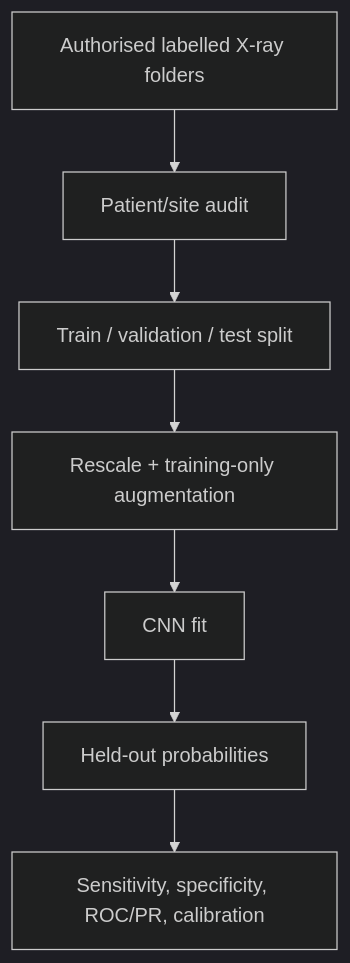
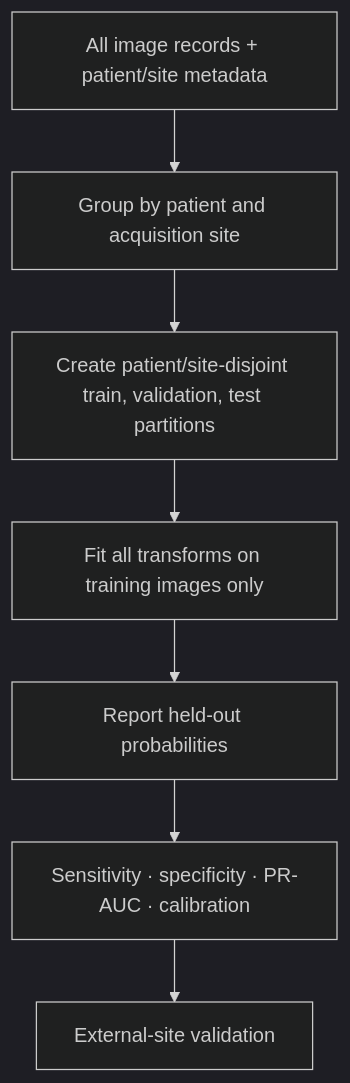
Before and after one commit to CHAITANYA-2002/machine-learning-projects: the second of 2 diagrams in 07-covid-xray-classifier/README.md, drawn with Mermaid (dark theme). The commit also changed other lines of this file and 109 other files, not shown here.

````diff
--- a/07-covid-xray-classifier/README.md
+++ b/07-covid-xray-classifier/README.md
@@ -53,9 +67,9 @@
 ```mermaid
 flowchart TB
-    A[Authorised labelled X-ray folders] --> B[Patient/site audit]
-    B --> C[Train / validation / test split]
-    C --> D[Rescale + training-only augmentation]
-    D --> E[CNN fit]
-    E --> F[Held-out probabilities]
-    F --> G[Sensitivity, specificity, ROC/PR, calibration]
+    A[All image records + patient/site metadata] --> B[Group by patient and acquisition site]
+    B --> C[Create patient/site-disjoint train, validation, test partitions]
+    C --> D[Fit all transforms on training images only]
+    D --> E[Report held-out probabilities]
+    E --> F[Sensitivity · specificity · PR-AUC · calibration]
+    F --> G[External-site validation]
 ```
````
